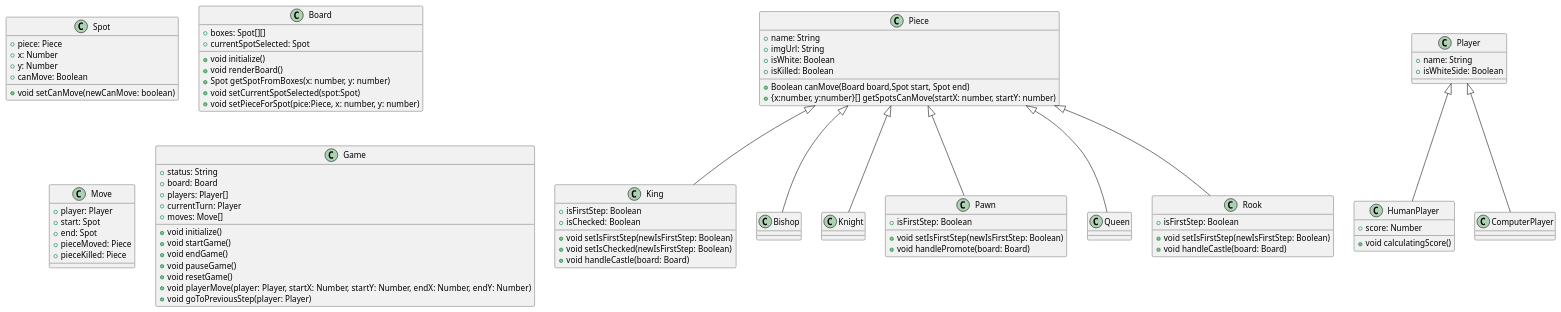
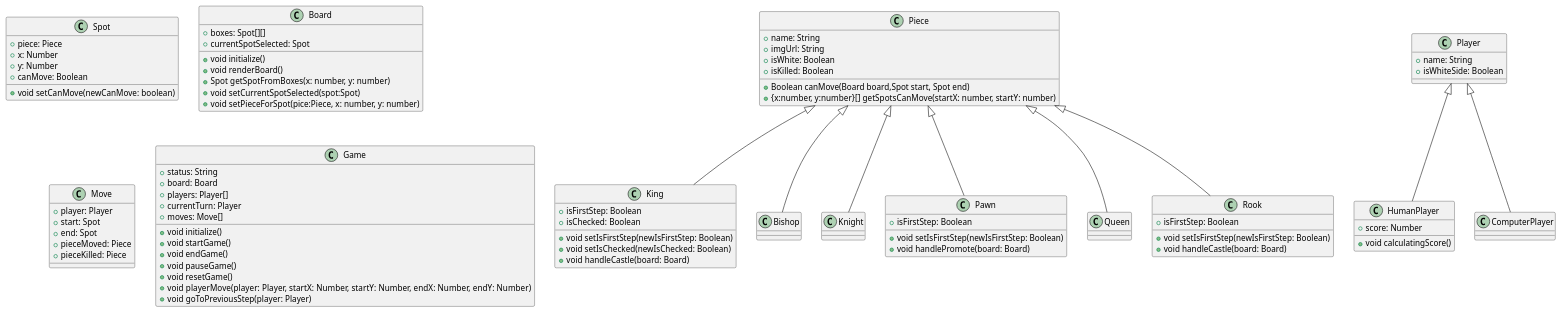
Before and after one commit to hoanglt1223/SET2021: the diagram in nhom_5/docs/class-diagram.plantuml, drawn with PlantUML.

Commit message:
nhom_5 | fix wrong param name for setIsChecked method

```diff
--- a/nhom_5/docs/class-diagram.plantuml
+++ b/nhom_5/docs/class-diagram.plantuml
@@ -1,103 +1,103 @@
 @startuml
 class Spot{
   + piece: Piece
   + x: Number
   + y: Number
   + canMove: Boolean
   + void setCanMove(newCanMove: boolean)
 }
 
 class Board{
   +boxes: Spot[][]
   +currentSpotSelected: Spot
 
   +void initialize()
   +void renderBoard()
   +Spot getSpotFromBoxes(x: number, y: number)
   +void setCurrentSpotSelected(spot:Spot)
   +void setPieceForSpot(pice:Piece, x: number, y: number)
 
 }
 
 class Piece{
   + name: String
   + imgUrl: String
   + isWhite: Boolean
   + isKilled: Boolean
   + Boolean canMove(Board board,Spot start, Spot end)
   + {x:number, y:number}[] getSpotsCanMove(startX: number, startY: number)
 }
 
 class Move{
   + player: Player
   + start: Spot
   + end: Spot
   + pieceMoved: Piece
   + pieceKilled: Piece
 }
 
 class Game{
   + status: String
   + board: Board
   + players: Player[]
   + currentTurn: Player
   + moves: Move[]
 
   + void initialize()
   + void startGame()
   + void endGame()
   + void pauseGame()
   + void resetGame()
   + void playerMove(player: Player, startX: Number, startY: Number, endX: Number, endY: Number)
   + void goToPreviousStep(player: Player)
 }
 
 class Player{
   + name: String
   + isWhiteSide: Boolean
 }
 
 class HumanPlayer{
   + score: Number
   + void calculatingScore()
 }
 
 class ComputerPlayer{}
 
 
 class King{
   + isFirstStep: Boolean
   + isChecked: Boolean
   + void setIsFirstStep(newIsFirstStep: Boolean)
-  + void setIsChecked(newIsFirstStep: Boolean)
+  + void setIsChecked(newIsChecked: Boolean)
   + void handleCastle(board: Board)
 }
 class Bishop{}
 class Knight{}
 class Pawn{
   + isFirstStep: Boolean
   + void setIsFirstStep(newIsFirstStep: Boolean)
   + void handlePromote(board: Board)
 }
 class Queen{}
 class Rook{
   + isFirstStep: Boolean
   + void setIsFirstStep(newIsFirstStep: Boolean)
   + void handleCastle(board: Board)
 }
 
 
 
 
 
 Piece <|-- King
 Piece <|-- Bishop
 Piece <|-- Knight
 Piece <|-- Pawn
 Piece <|-- Queen
 Piece <|-- Rook
 
 Player <|-- HumanPlayer
 Player <|-- ComputerPlayer
 
 @enduml
```
